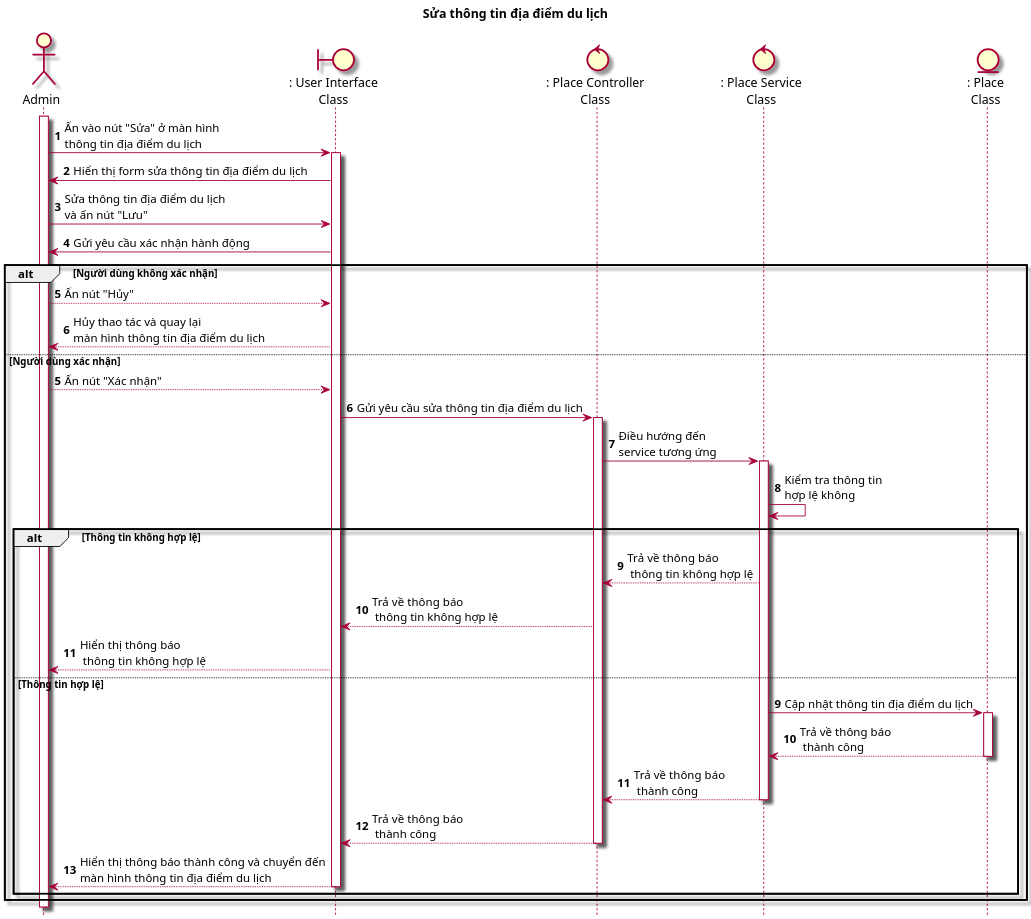
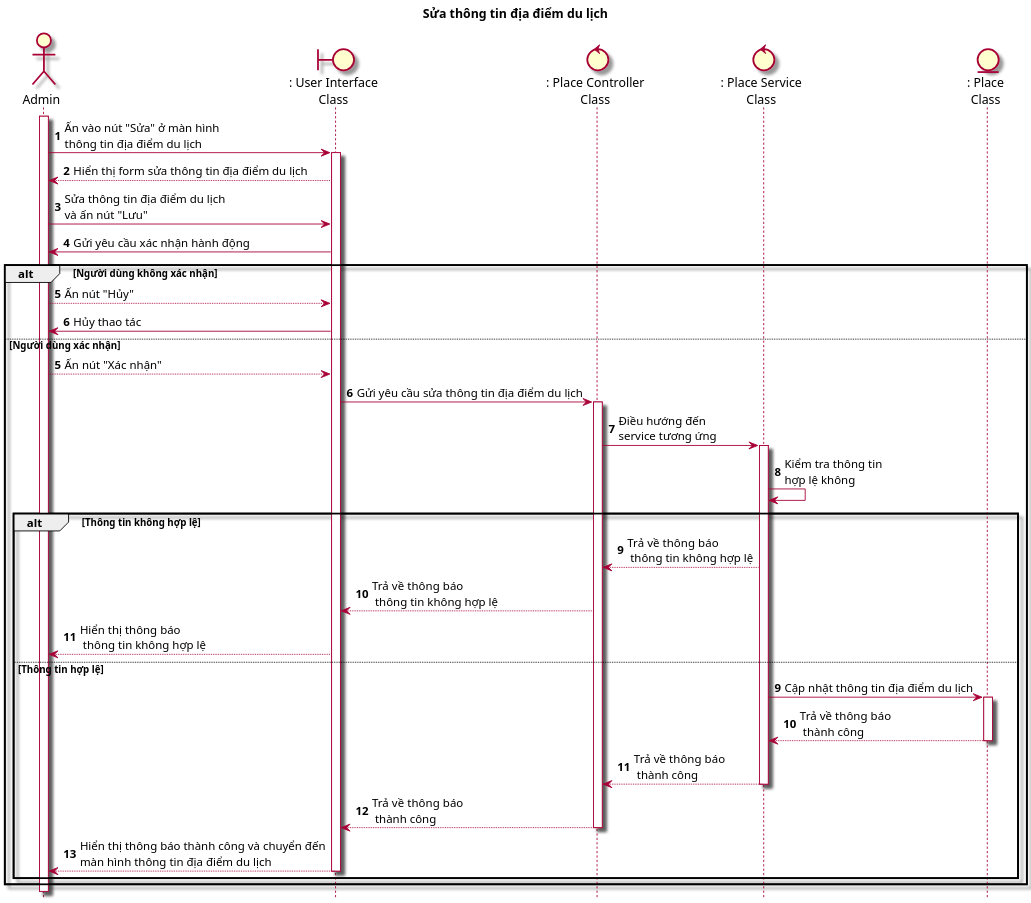
The diagram in Sequence/SEQ13_UpdatePlace.puml (Griselda4774/WanderFun_Diagram), drawn with PlantUML before and after one commit. The commit also changed 2 other files, not shown here.

Commit message:
minor changes to some seq diagram

```diff
--- a/Sequence/SEQ13_UpdatePlace.puml
+++ b/Sequence/SEQ13_UpdatePlace.puml
@@ -1,44 +1,44 @@
 @startuml UpdatePlace
 
     title Sửa thông tin địa điểm du lịch
 
     skin rose
     scale 2
     hide footbox
 
     actor Admin as ad
     boundary ": User Interface\nClass" as ui
     control ": Place Controller\nClass" as uc
     control ": Place Service\nClass" as us
     entity ": Place\nClass" as u
 
     autonumber
     ad++
     ad -> ui++ : Ấn vào nút "Sửa" ở màn hình\nthông tin địa điểm du lịch
-    ui -> ad : Hiển thị form sửa thông tin địa điểm du lịch
+    ui --> ad : Hiển thị form sửa thông tin địa điểm du lịch
     ad -> ui : Sửa thông tin địa điểm du lịch\nvà ấn nút "Lưu"
     ui -> ad : Gửi yêu cầu xác nhận hành động
     alt Người dùng không xác nhận
         ad --> ui : Ấn nút "Hủy"
-        ui --> ad : Hủy thao tác và quay lại\nmàn hình thông tin địa điểm du lịch
+        ui -> ad : Hủy thao tác
     else Người dùng xác nhận
         autonumber 5
         ad --> ui: Ấn nút "Xác nhận"
         ui -> uc++ : Gửi yêu cầu sửa thông tin địa điểm du lịch
         uc -> us++ : Điều hướng đến\nservice tương ứng
         us -> us : Kiểm tra thông tin\nhợp lệ không
         alt Thông tin không hợp lệ
             us --> uc : Trả về thông báo\n thông tin không hợp lệ
             uc --> ui : Trả về thông báo\n thông tin không hợp lệ
             ui --> ad : Hiển thị thông báo\n thông tin không hợp lệ
         else Thông tin hợp lệ
             autonumber 9
             us -> u++ : Cập nhật thông tin địa điểm du lịch
             u --> us-- : Trả về thông báo\n thành công
             us --> uc-- : Trả về thông báo\n thành công
             uc --> ui-- : Trả về thông báo\n thành công
             ui --> ad-- : Hiển thị thông báo thành công và chuyển đến\nmàn hình thông tin địa điểm du lịch
         end
     end
 
 @enduml
```
